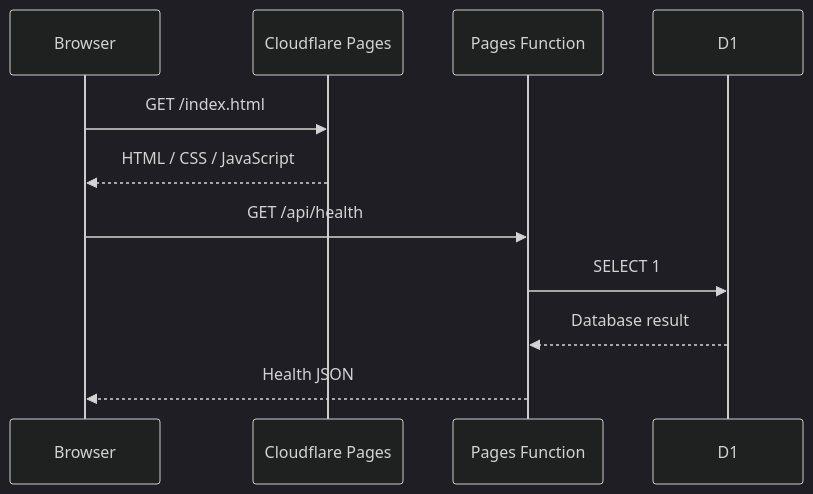
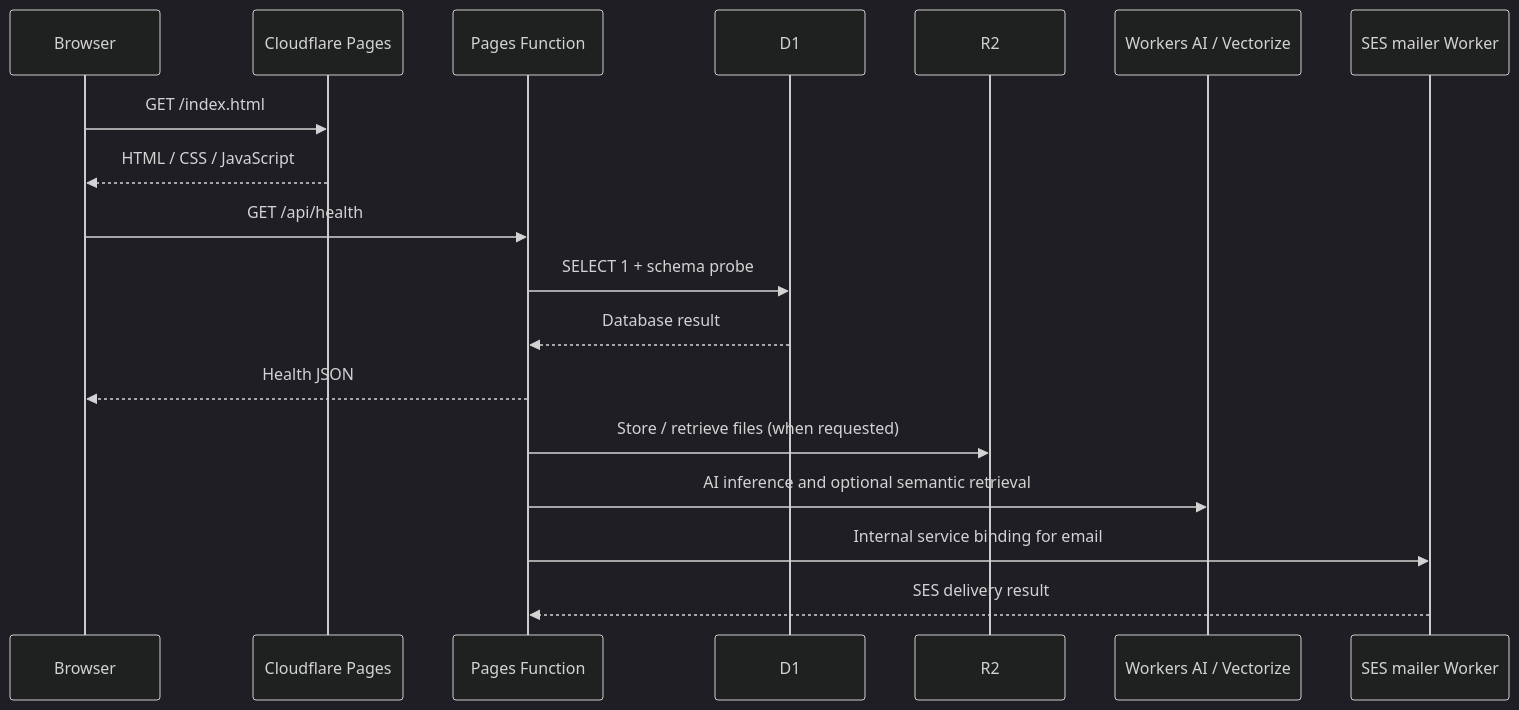
Before and after one commit to DevJel/jelhr-system: the first of 2 diagrams in docs/architecture.md, drawn with Mermaid (dark theme). The commit also changed other lines of this file, not shown here.

Commit message:
Update architecture for Operava production bindings and v0.4 backend

````diff
--- a/docs/architecture.md
+++ b/docs/architecture.md
@@ -9,13 +9,20 @@
 ```mermaid
 sequenceDiagram
   participant B as Browser
   participant P as Cloudflare Pages
   participant F as Pages Function
   participant D as D1
+  participant R as R2
+  participant A as Workers AI / Vectorize
+  participant M as SES mailer Worker
   B->>P: GET /index.html
   P-->>B: HTML / CSS / JavaScript
   B->>F: GET /api/health
-  F->>D: SELECT 1
+  F->>D: SELECT 1 + schema probe
   D-->>F: Database result
   F-->>B: Health JSON
+  F->>R: Store / retrieve files (when requested)
+  F->>A: AI inference and optional semantic retrieval
+  F->>M: Internal service binding for email
+  M-->>F: SES delivery result
 ```
````
